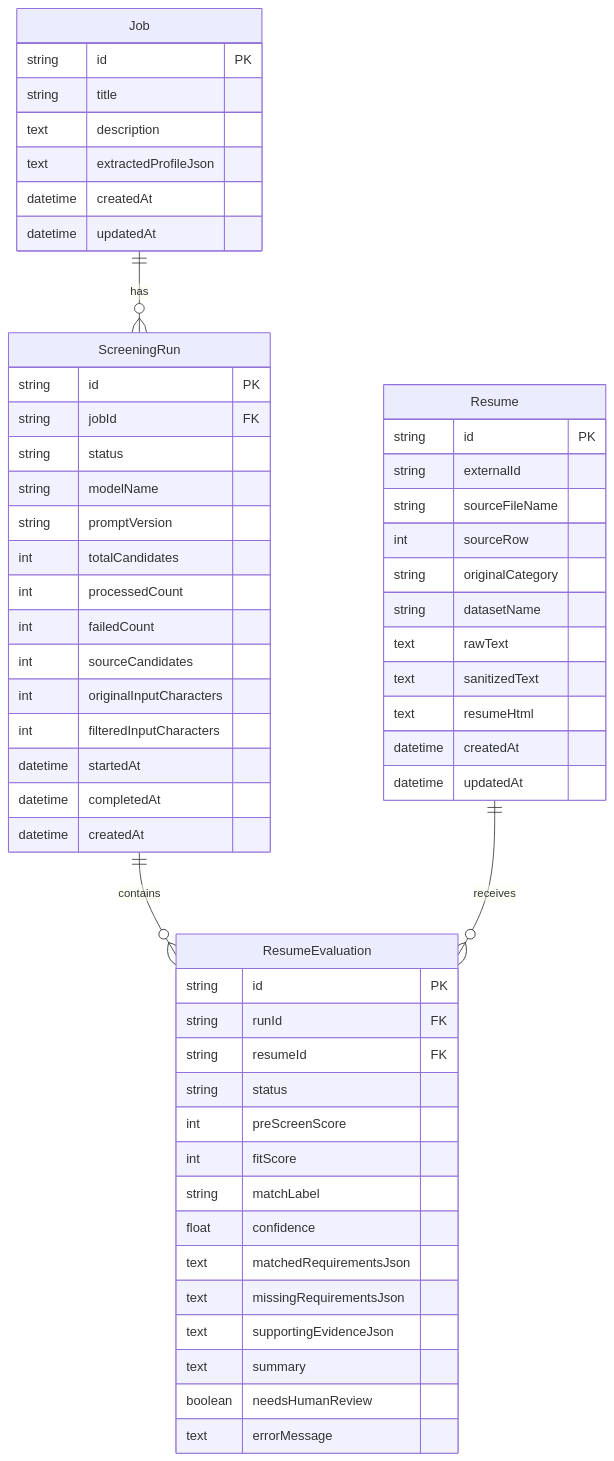
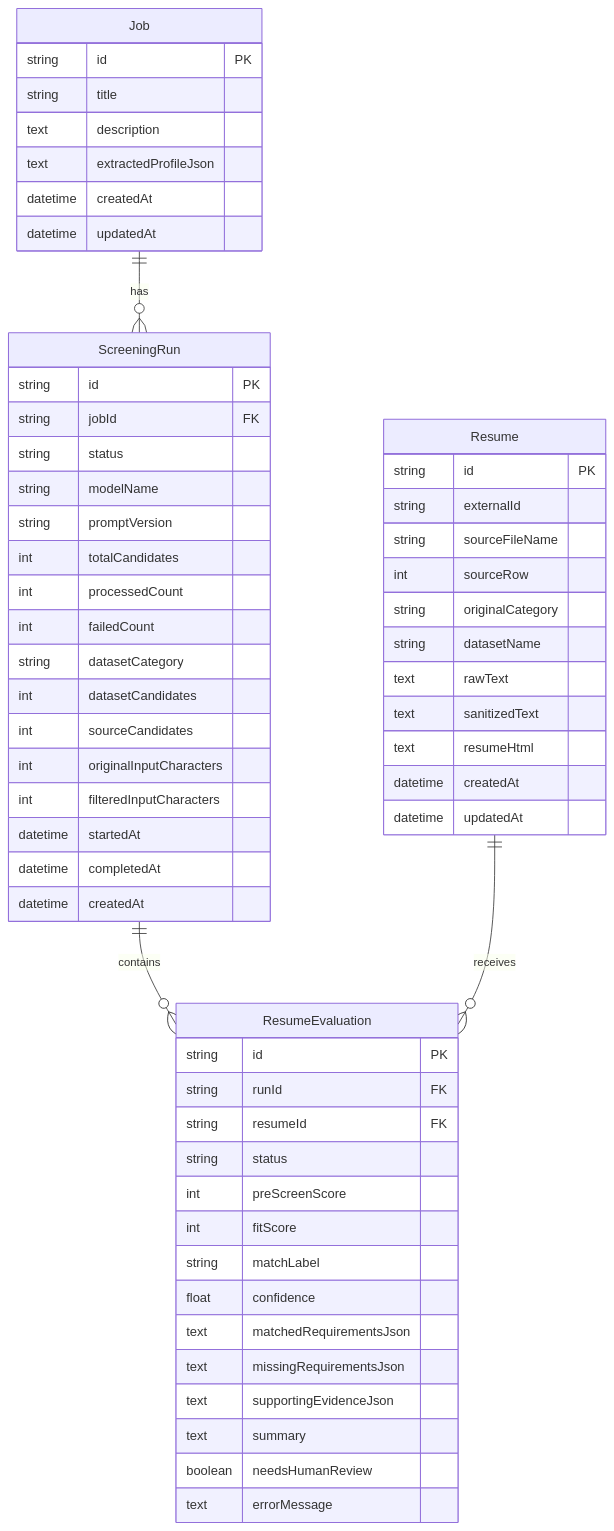
One commit to bbi3mn4u69/resume-screening changed the third of 3 diagrams in README.md. Above: the diagram before and after it, drawn with Mermaid. The commit also changed other lines of this file and 13 other files, not shown here.

````diff
--- a/README.md
+++ b/README.md
@@ -519,63 +530,65 @@
 ```mermaid
 erDiagram
     Job ||--o{ ScreeningRun : has
     ScreeningRun ||--o{ ResumeEvaluation : contains
     Resume ||--o{ ResumeEvaluation : receives
 
     Resume {
         string id PK
         string externalId
         string sourceFileName
         int sourceRow
         string originalCategory
         string datasetName
         text rawText
         text sanitizedText
         text resumeHtml
         datetime createdAt
         datetime updatedAt
     }
 
     Job {
         string id PK
         string title
         text description
         text extractedProfileJson
         datetime createdAt
         datetime updatedAt
     }
 
     ScreeningRun {
         string id PK
         string jobId FK
         string status
         string modelName
         string promptVersion
         int totalCandidates
         int processedCount
         int failedCount
+        string datasetCategory
+        int datasetCandidates
         int sourceCandidates
         int originalInputCharacters
         int filteredInputCharacters
         datetime startedAt
         datetime completedAt
         datetime createdAt
     }
 
     ResumeEvaluation {
         string id PK
         string runId FK
         string resumeId FK
         string status
         int preScreenScore
         int fitScore
         string matchLabel
         float confidence
         text matchedRequirementsJson
         text missingRequirementsJson
         text supportingEvidenceJson
         text summary
         boolean needsHumanReview
         text errorMessage
     }
 ```
````
